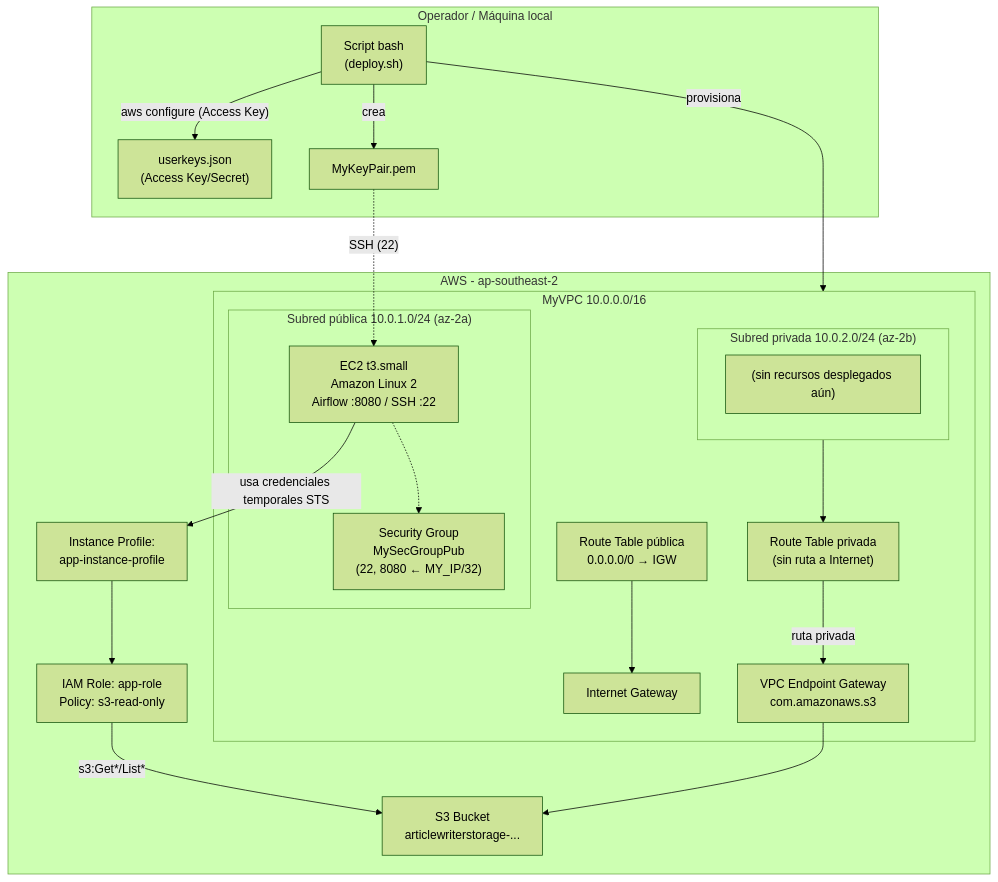
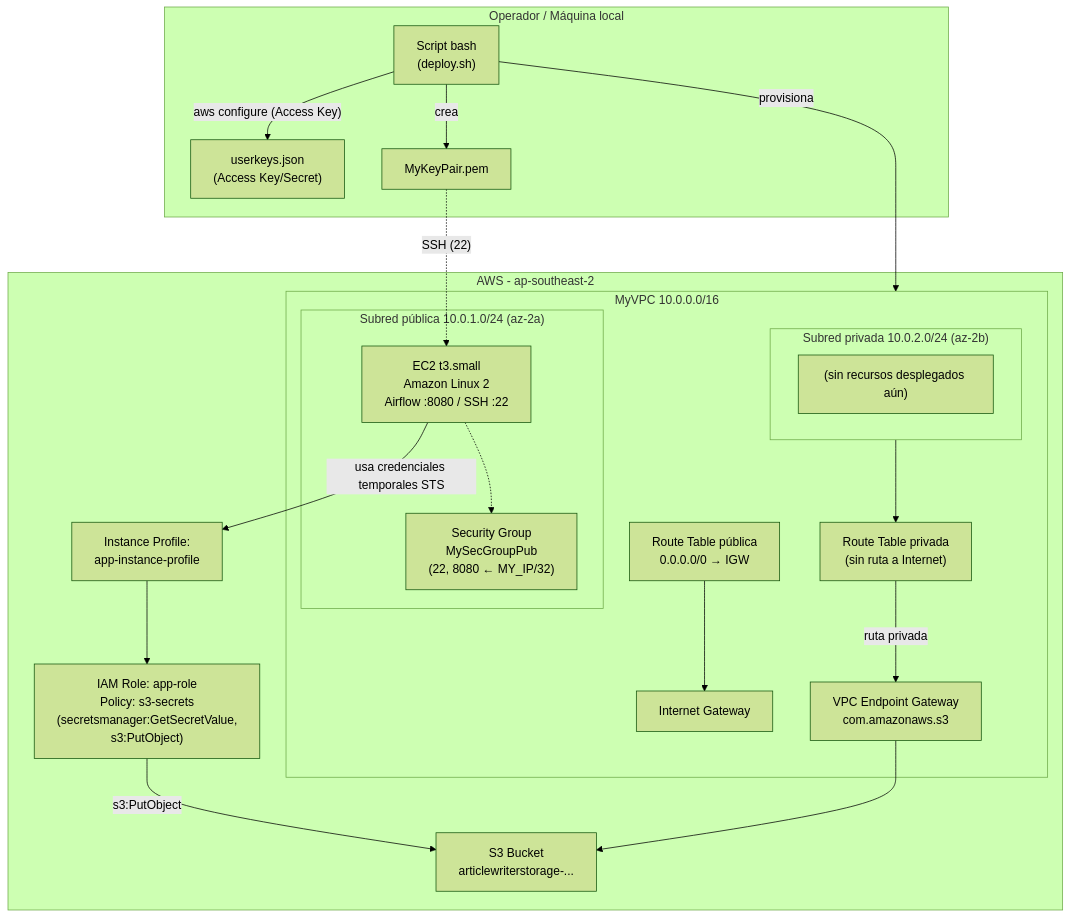
One commit to gasparcartasso/cloud_architecure_etl changed the diagram in docs/architecture.md. Above: the diagram before and after it, drawn with Mermaid (forest theme). The commit also changed other lines of this file and 2 other files, not shown here.

Commit message:
puntos corregidos

````diff
--- a/docs/architecture.md
+++ b/docs/architecture.md
@@ -5,40 +5,40 @@
 ```mermaid
 flowchart TB
     subgraph Local["Operador / Máquina local"]
         SCRIPT["Script bash\n(deploy.sh)"]
         KEYS["userkeys.json\n(Access Key/Secret)"]
         PEM["MyKeyPair.pem"]
     end
 
     subgraph AWS["AWS - ap-southeast-2"]
         subgraph VPC["MyVPC 10.0.0.0/16"]
             subgraph PUB["Subred pública 10.0.1.0/24 (az-2a)"]
                 EC2["EC2 t3.small\nAmazon Linux 2\nAirflow :8080 / SSH :22"]
                 SG["Security Group\nMySecGroupPub\n(22, 8080 ← MY_IP/32)"]
             end
             subgraph PRIV["Subred privada 10.0.2.0/24 (az-2b)"]
                 RESERVED["(sin recursos desplegados aún)"]
             end
             IGW["Internet Gateway"]
             RTPUB["Route Table pública\n0.0.0.0/0 → IGW"]
             RTPRIV["Route Table privada\n(sin ruta a Internet)"]
             VPCE["VPC Endpoint Gateway\ncom.amazonaws.s3"]
         end
-        IAMROLE["IAM Role: app-role\nPolicy: s3-read-only"]
+        IAMROLE["IAM Role: app-role\nPolicy: s3-secrets\n(secretsmanager:GetSecretValue,\ns3:PutObject)"]
         PROFILE["Instance Profile:\napp-instance-profile"]
         S3["S3 Bucket\narticlewriterstorage-..."]
     end
 
     SCRIPT -- "aws configure (Access Key)" --> KEYS
     SCRIPT -- provisiona --> VPC
     SCRIPT -- crea --> PEM
     PEM -. "SSH (22)" .-> EC2
     EC2 -- "usa credenciales temporales STS" --> PROFILE
     PROFILE --> IAMROLE
-    IAMROLE -- "s3:Get*/List*" --> S3
+    IAMROLE -- "s3:PutObject" --> S3
     EC2 -.-> SG
     RTPUB --> IGW
     PRIV --> RTPRIV
     RTPRIV -- "ruta privada" --> VPCE
     VPCE --> S3
 ```
````
